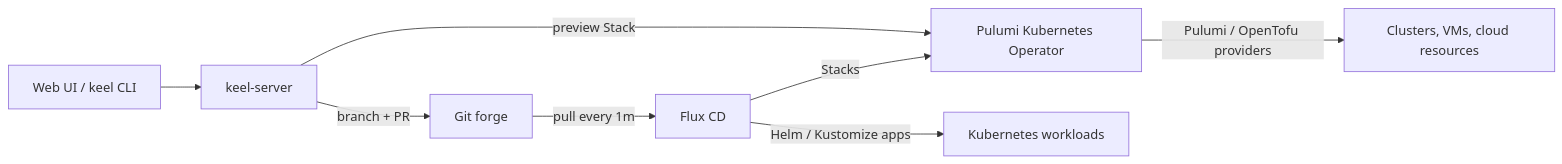
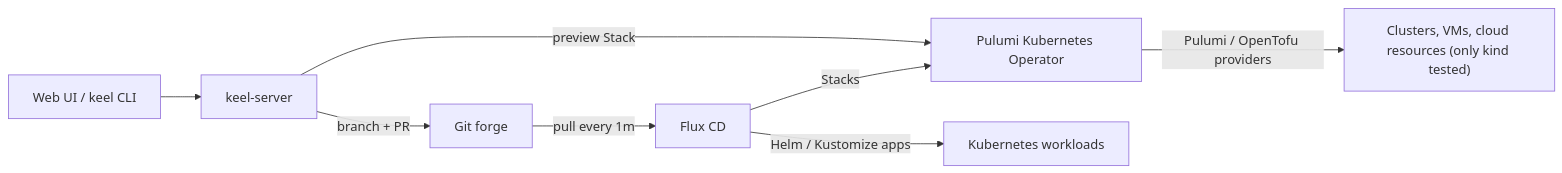
One commit to rdylanwalker/keel changed the diagram in README.md. Above: the diagram before and after it, drawn with Mermaid. The commit also changed other lines of this file and 6 other files, not shown here.

````diff
--- a/README.md
+++ b/README.md
@@ -159,10 +169,10 @@
 ```mermaid
 flowchart LR
     UI["Web UI / keel CLI"] --> API["keel-server"]
     API -->|"branch + PR"| GIT["Git forge"]
     API -->|"preview Stack"| PKO["Pulumi Kubernetes Operator"]
     GIT -->|"pull every 1m"| FLUX["Flux CD"]
     FLUX -->|"Helm / Kustomize apps"| K8S["Kubernetes workloads"]
     FLUX -->|"Stacks"| PKO
-    PKO -->|"Pulumi / OpenTofu providers"| INFRA["Clusters, VMs, cloud resources"]
+    PKO -->|"Pulumi / OpenTofu providers"| INFRA["Clusters, VMs, cloud resources (only kind tested)"]
 ```
````
